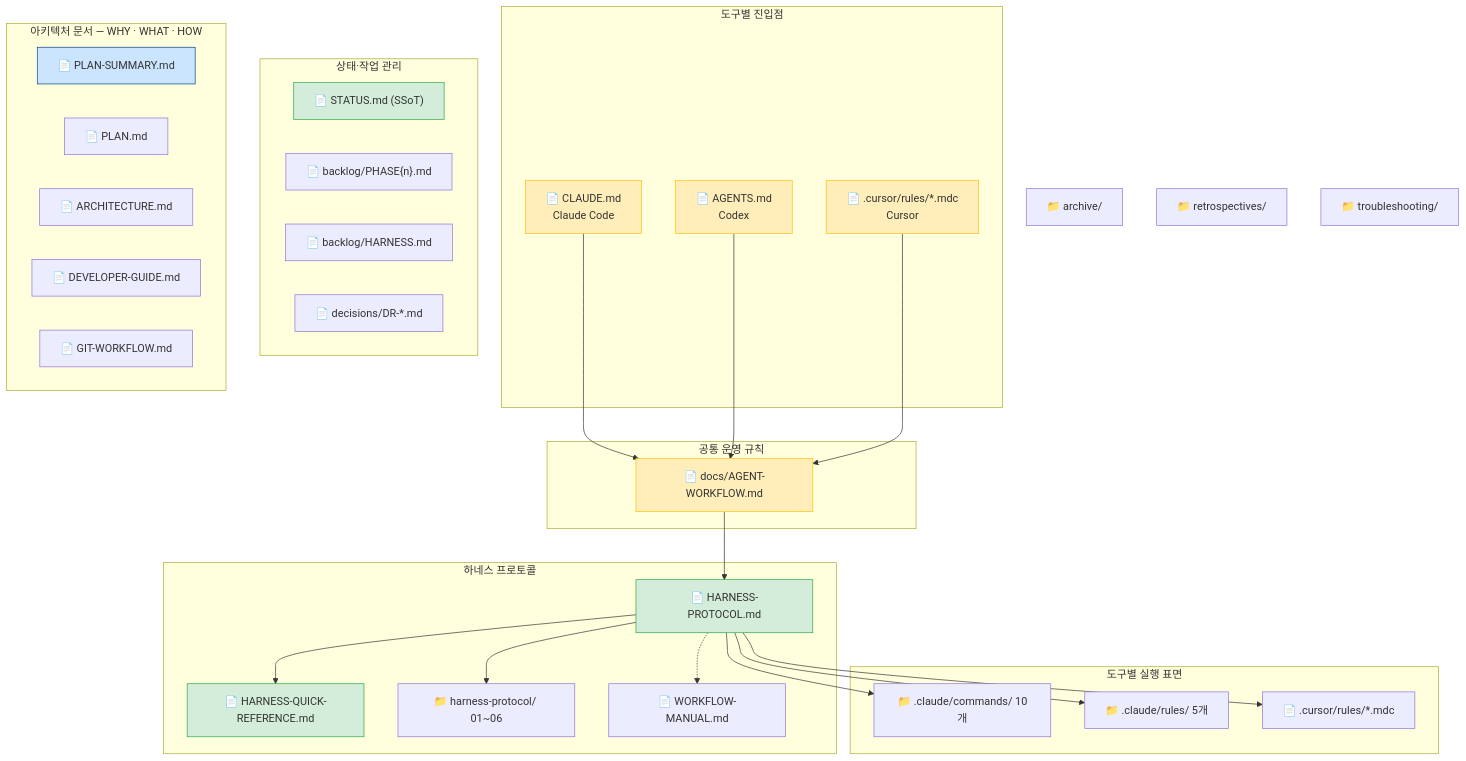
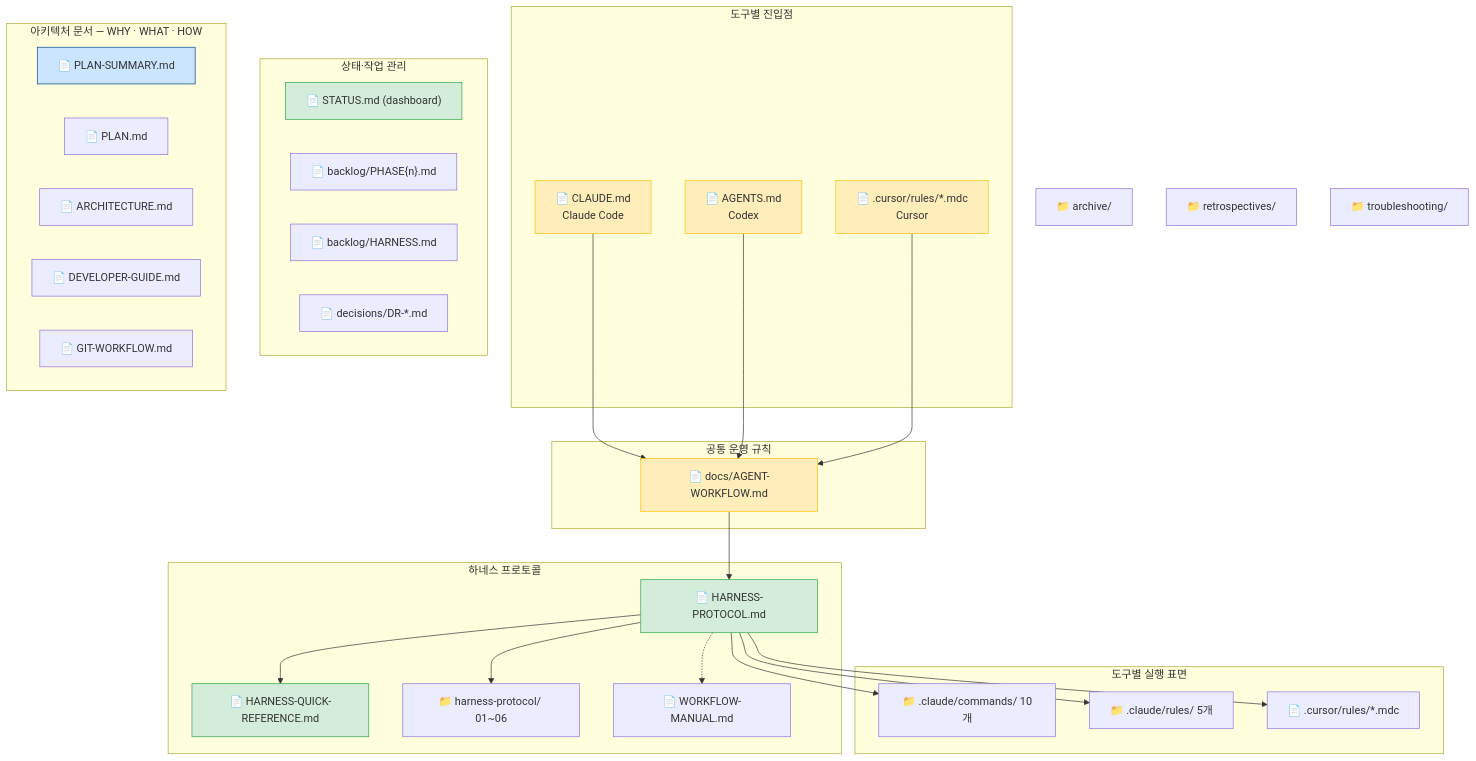
The fifth of 14 diagrams in docs/WORKFLOW-MANUAL.md (kyungseo/ai-workflow-harness), drawn with Mermaid before and after one commit. The commit also changed other lines of this file, not shown here.

Commit message:
docs: WORKFLOW-MANUAL STATUS.md 레이블 SSoT → dashboard 수정
HRF-002 이후 Work 파일이 작업 단위의 SSoT이고
STATUS.md는 dashboard/pointer로 역할이 정의됨.
다이어그램 2-1, 3-0의 STATUS.md 노드 레이블을 실제 모델에 맞게 수정.

````diff
--- a/docs/WORKFLOW-MANUAL.md
+++ b/docs/WORKFLOW-MANUAL.md
@@ -203,64 +203,64 @@
 ```mermaid
 graph TD
     subgraph ENTRY ["도구별 진입점"]
         CR["📄 CLAUDE.md\nClaude Code"]
         AG["📄 AGENTS.md\nCodex"]
         CU["📄 .cursor/rules/*.mdc\nCursor"]
     end
 
     subgraph SHARED ["공통 운영 규칙"]
         CD["📄 docs/AGENT-WORKFLOW.md"]
     end
 
     subgraph HARNESS ["하네스 프로토콜"]
         HP["📄 HARNESS-PROTOCOL.md"]
         HQ["📄 HARNESS-QUICK-REFERENCE.md"]
         HD["📁 harness-protocol/ 01~06"]
         WM["📄 WORKFLOW-MANUAL.md"]
     end
 
     subgraph TOOLS ["도구별 실행 표면"]
         CMD["📁 .claude/commands/ 10개"]
         RULE["📁 .claude/rules/ 5개"]
         CUR_R["📄 .cursor/rules/*.mdc"]
     end
 
     subgraph LIVE ["상태·작업 관리"]
-        ST["📄 STATUS.md (SSoT)"]
+        ST["📄 STATUS.md (dashboard)"]
         BL["📄 backlog/PHASE{n}.md"]
         HB["📄 backlog/HARNESS.md"]
         DR_N["📄 decisions/DR-*.md"]
     end
 
     subgraph ADOCS ["아키텍처 문서 — WHY · WHAT · HOW"]
         PS["📄 PLAN-SUMMARY.md"]
         PL["📄 PLAN.md"]
         AR["📄 ARCHITECTURE.md"]
         DG["📄 DEVELOPER-GUIDE.md"]
         GW["📄 GIT-WORKFLOW.md"]
     end
 
     ARC2["📁 archive/"]
     RETRO2["📁 retrospectives/"]
     TROUBLE2["📁 troubleshooting/"]
 
     CR --> CD
     AG --> CD
     CU --> CD
     CD --> HP
     HP --> HQ
     HP --> HD
     HP --> CMD
     HP --> RULE
     HP --> CUR_R
     HP -.-> WM
 
     style CR fill:#ffeeba,stroke:#ffc107
     style AG fill:#ffeeba,stroke:#ffc107
     style CU fill:#ffeeba,stroke:#ffc107
     style CD fill:#ffeeba,stroke:#ffc107
     style ST fill:#d4edda,stroke:#28a745
     style HP fill:#d4edda,stroke:#28a745
     style HQ fill:#d4edda,stroke:#28a745
     style PS fill:#cce5ff,stroke:#004085
 ```
````
